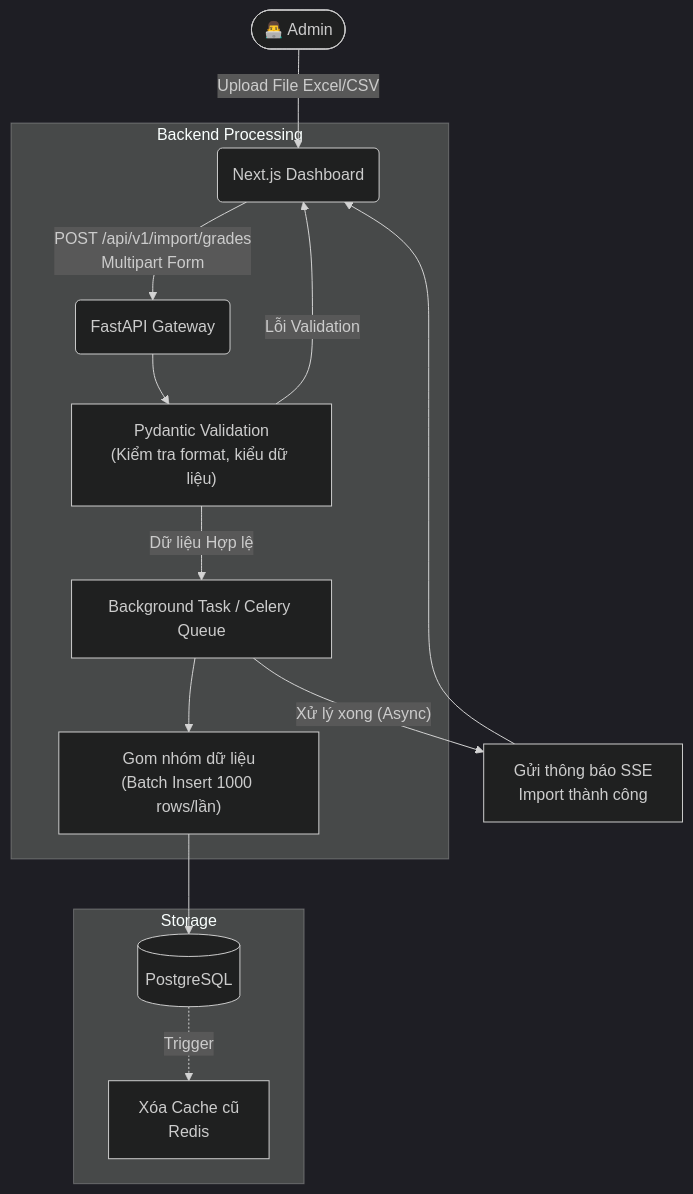
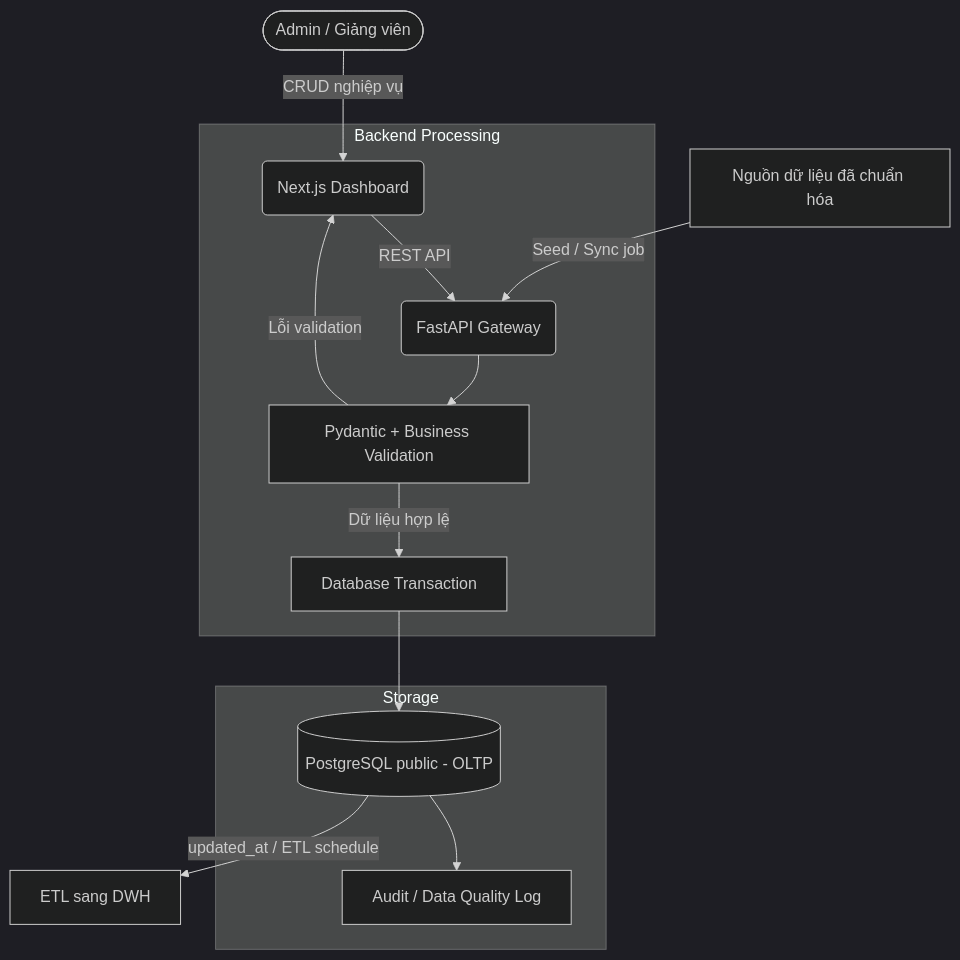
The third of 5 diagrams in docs/10-References/DataFlowDiagram.md (ritvien/-Learning-Analytics-AI), drawn with Mermaid (dark theme) before and after one commit. The commit also changed other lines of this file and 45 other files, not shown here.

````diff
--- a/docs/10-References/DataFlowDiagram.md
+++ b/docs/10-References/DataFlowDiagram.md
@@ -79,21 +80,19 @@
 ```mermaid
 graph TD
-    User(["👨‍💻 Admin"]) -->|"Upload File Excel/CSV"| FE("Next.js Dashboard")
-    FE -->|"POST /api/v1/import/grades<br>Multipart Form"| API("FastAPI Gateway")
+    User(["Admin / Giảng viên"]) -->|"CRUD nghiệp vụ"| FE("Next.js Dashboard")
+    FE -->|"REST API"| API("FastAPI Gateway")
+    Source["Nguồn dữ liệu đã chuẩn hóa"] -->|"Seed / Sync job"| API
     
     subgraph Backend_Processing ["Backend Processing"]
-        API --> Val["Pydantic Validation<br>(Kiểm tra format, kiểu dữ liệu)"]
-        Val -- "Lỗi Validation" --> FE
-        
-        Val -- "Dữ liệu Hợp lệ" --> Queue["Background Task / Celery Queue"]
-        Queue --> BatchInsert["Gom nhóm dữ liệu<br>(Batch Insert 1000 rows/lần)"]
+        API --> Val["Pydantic + Business Validation"]
+        Val -- "Lỗi validation" --> FE
+        Val -- "Dữ liệu hợp lệ" --> Tx["Database Transaction"]
     end
     
     subgraph Storage ["Storage"]
-        BatchInsert --> DB[("PostgreSQL")]
-        DB -.->|"Trigger"| InvalidateCache["Xóa Cache cũ<br>Redis"]
+        Tx --> DB[("PostgreSQL public - OLTP")]
+        DB --> Audit["Audit / Data Quality Log"]
     end
     
-    Queue -->|"Xử lý xong (Async)"| Notification["Gửi thông báo SSE<br>Import thành công"]
-    Notification --> FE
+    DB -->|"updated_at / ETL schedule"| DWH["ETL sang DWH"]
 ```
````
